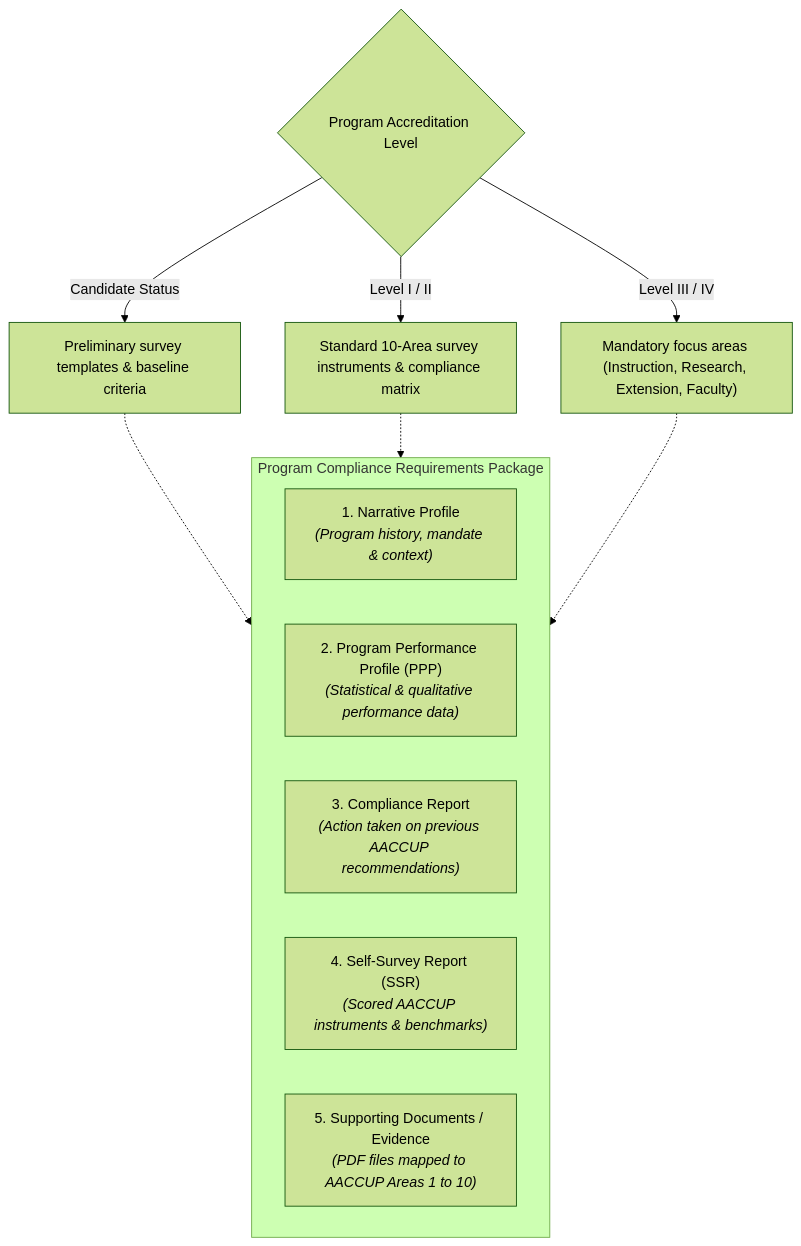
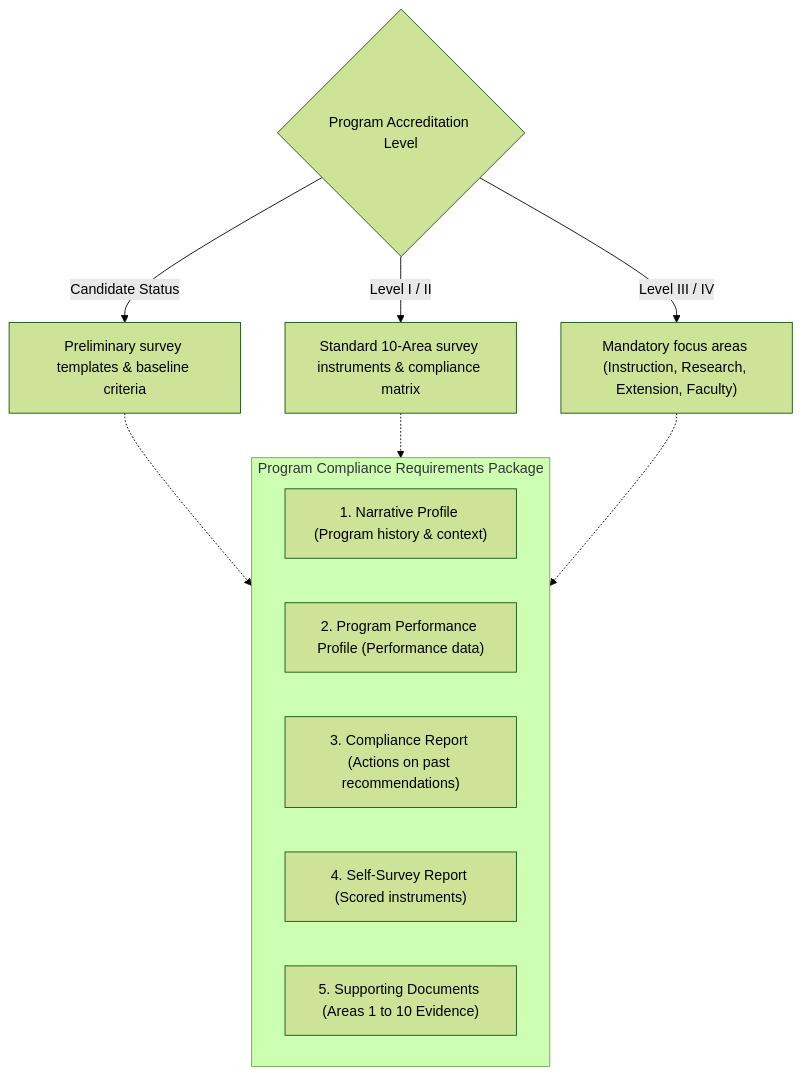
The first of 6 diagrams in v2/docs/MODULES.md (CCVillanueva02/iqarchive-capstone-figma), drawn with Mermaid (forest theme) before and after one commit. The commit also changed other lines of this file and 3 other files, not shown here.

````diff
--- a/v2/docs/MODULES.md
+++ b/v2/docs/MODULES.md
@@ -85,18 +85,18 @@
 ```mermaid
 flowchart TD
     subgraph Program_Compliance_Package ["Program Compliance Requirements Package"]
-        NP["1. Narrative Profile<br/><i>(Program history, mandate & context)</i>"]
-        PPP["2. Program Performance Profile (PPP)<br/><i>(Statistical & qualitative performance data)</i>"]
-        CR["3. Compliance Report<br/><i>(Action taken on previous AACCUP recommendations)</i>"]
-        SSR["4. Self-Survey Report (SSR)<br/><i>(Scored AACCUP instruments & benchmarks)</i>"]
-        SD["5. Supporting Documents / Evidence<br/><i>(PDF files mapped to AACCUP Areas 1 to 10)</i>"]
+        NP["1. Narrative Profile (Program history & context)"]
+        PPP["2. Program Performance Profile (Performance data)"]
+        CR["3. Compliance Report (Actions on past recommendations)"]
+        SSR["4. Self-Survey Report (Scored instruments)"]
+        SD["5. Supporting Documents (Areas 1 to 10 Evidence)"]
     end
 
     LVL{"Program Accreditation Level"} -->|Candidate Status| P_Cand["Preliminary survey templates & baseline criteria"]
     LVL -->|Level I / II| P_L12["Standard 10-Area survey instruments & compliance matrix"]
     LVL -->|Level III / IV| P_L34["Mandatory focus areas (Instruction, Research, Extension, Faculty)"]
 
     P_Cand -.-> Program_Compliance_Package
     P_L12 -.-> Program_Compliance_Package
     P_L34 -.-> Program_Compliance_Package
 ```
````
